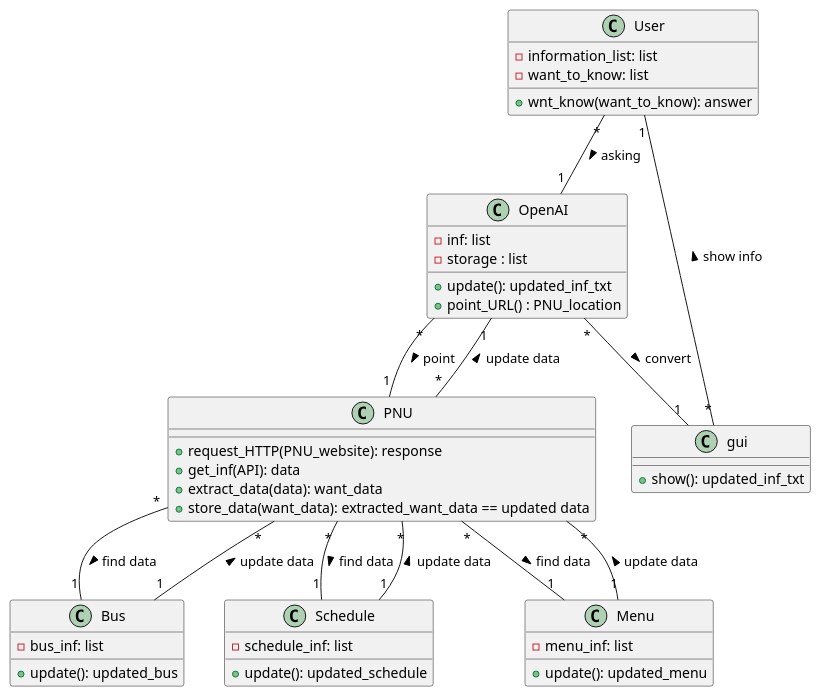
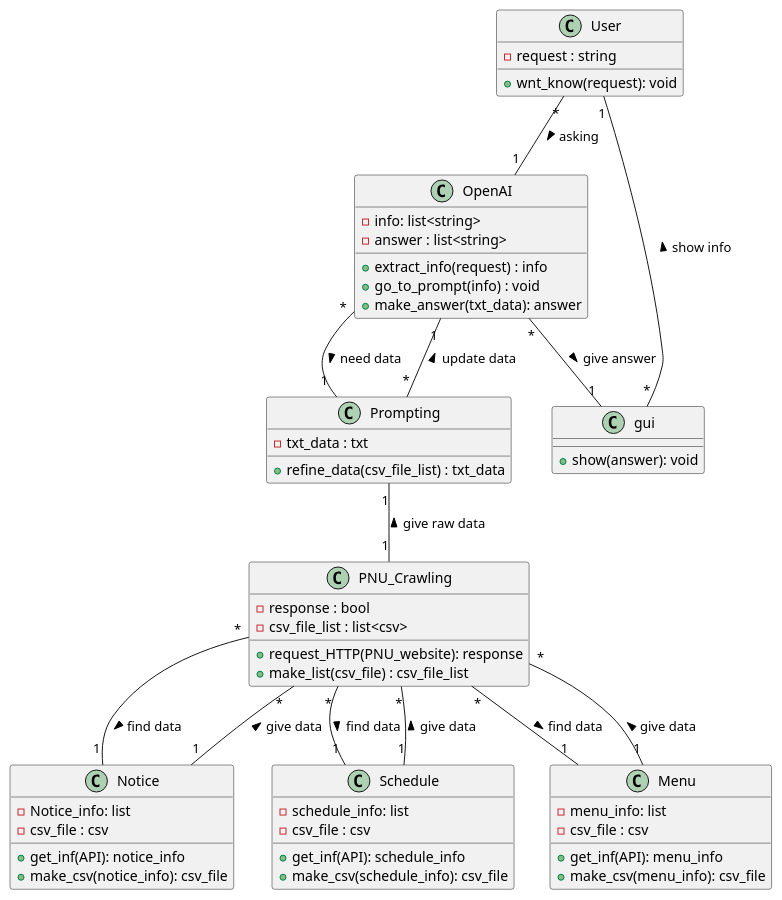
Before and after one commit to pythondatascience/main: the diagram in classpuml.puml, drawn with PlantUML.

Commit message:
(11월 28일)

```diff
--- a/classpuml.puml
+++ b/classpuml.puml
@@ -1,57 +1,72 @@
 @startuml
 class User {
-    - information_list: list
-    - want_to_know: list
+    - request : string
 
-    + wnt_know(want_to_know): answer
+    + wnt_know(request): void
 }
 
 
-class PNU {
+class PNU_Crawling {
+    - response : bool
+    - csv_file_list : list<csv>    
+    
     + request_HTTP(PNU_website): response
-    + get_inf(API): data
-    + extract_data(data): want_data
-    + store_data(want_data): extracted_want_data == updated data
+    + make_list(csv_file) : csv_file_list
 }
 
-class Bus {
-    - bus_inf: list
+class Prompting{
+    - txt_data : txt
+    + refine_data(csv_file_list) : txt_data
+}
 
-    + update(): updated_bus
+class Notice {
+    - Notice_info: list
+    - csv_file : csv
+
+    + get_inf(API): notice_info
+    + make_csv(notice_info): csv_file      
 }
 
 class Schedule {
-    - schedule_inf: list
+    - schedule_info: list
+    - csv_file : csv
 
-    + update(): updated_schedule
+    + get_inf(API): schedule_info 
+    + make_csv(schedule_info): csv_file    
 }
 
 class Menu {
-    - menu_inf: list
+    - menu_info: list
+    - csv_file : csv
 
-    + update(): updated_menu
+    + get_inf(API): menu_info
+    + make_csv(menu_info): csv_file    
 }
 
-class OpenAI {
-    - inf: list
-    - storage : list
-    + update(): updated_inf_txt
-    + point_URL() : PNU_location 
+class OpenAI {    
+    - info: list<string>
+    - answer : list<string>
+
+    
+    + extract_info(request) : info
+    + go_to_prompt(info) : void
+    + make_answer(txt_data): answer    
 }
 
 class gui {
-    + show(): updated_inf_txt
+    + show(answer): void
 }
 
 User "*" -- "1" OpenAI : asking >
-OpenAI "*" -- "1" PNU : point >
-PNU "*" -- "1" Menu : find data > 
-PNU "*" -- "1" Bus : find data >
-PNU "*" -- "1" Schedule : find data >
-PNU "*" -- "1" Menu : update data <
-PNU "*" -- "1" Bus : update data <
-PNU "*" -- "1" Schedule : update data <
-PNU "*" -- "1" OpenAI : > update data
-OpenAI "*" -- "1" gui : > convert
+OpenAI "*" -- "1" Prompting : need data >
+PNU_Crawling "*" -- "1" Menu : find data > 
+PNU_Crawling "*" -- "1" Notice : find data >
+PNU_Crawling "*" -- "1" Schedule : find data >
+PNU_Crawling "*" -- "1" Menu : give data <
+PNU_Crawling "*" -- "1" Notice : give data <
+PNU_Crawling "*" -- "1" Schedule : give data <
+Prompting "*" -- "1" OpenAI : > update data
+Prompting "1" -- "1" PNU_Crawling : give raw data <
+OpenAI "*" -- "1" gui : > give answer
 gui "*" -- "1" User : > show info
 @enduml
```
